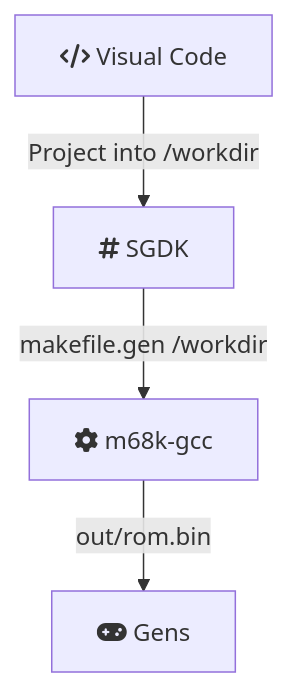
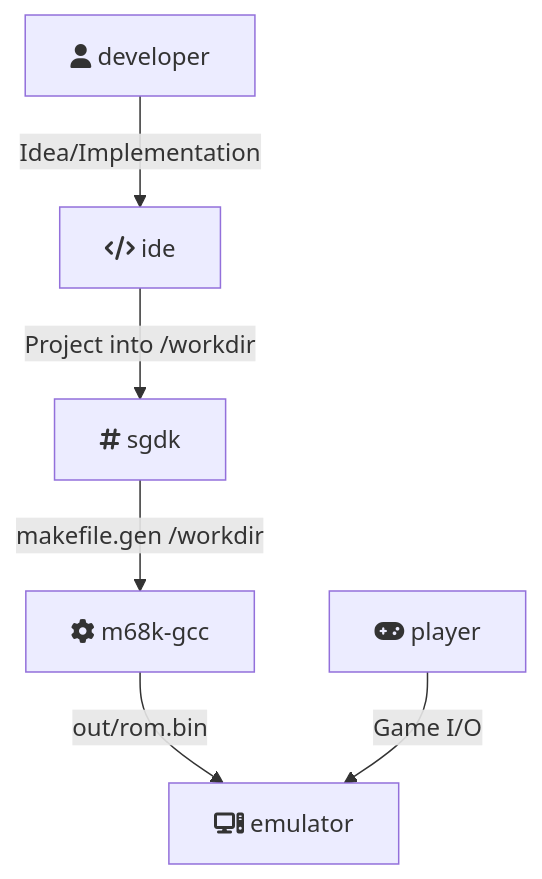
One commit to humbertodias/genesis-ide changed the diagram in README.md. Above: the diagram before and after it, drawn with Mermaid.

````diff
--- a/README.md
+++ b/README.md
@@ -7,6 +7,8 @@
 ```mermaid
 flowchart TD
-    A[fa:fa-code Visual Code] -->|Project into /workdir| B(SGDK)
-    B[fa:fa-hashtag SGDK] -->|makefile.gen /workdir| C[fa:fa-cog m68k-gcc]
-    C -->|out/rom.bin| D[fa:fa-gamepad Gens]
+    A[fa:fa-user developer] -->|Idea/Implementation| B[fa:fa-code ide]
+    B -->|Project into /workdir| C[fa:fa-hashtag sgdk]
+    C -->|makefile.gen /workdir| D[fa:fa-gear m68k-gcc]
+    D -->|out/rom.bin| E[fa:fa-computer emulator]
+    F[fa:fa-gamepad player] -->|Game I/O| E
 ```
````
